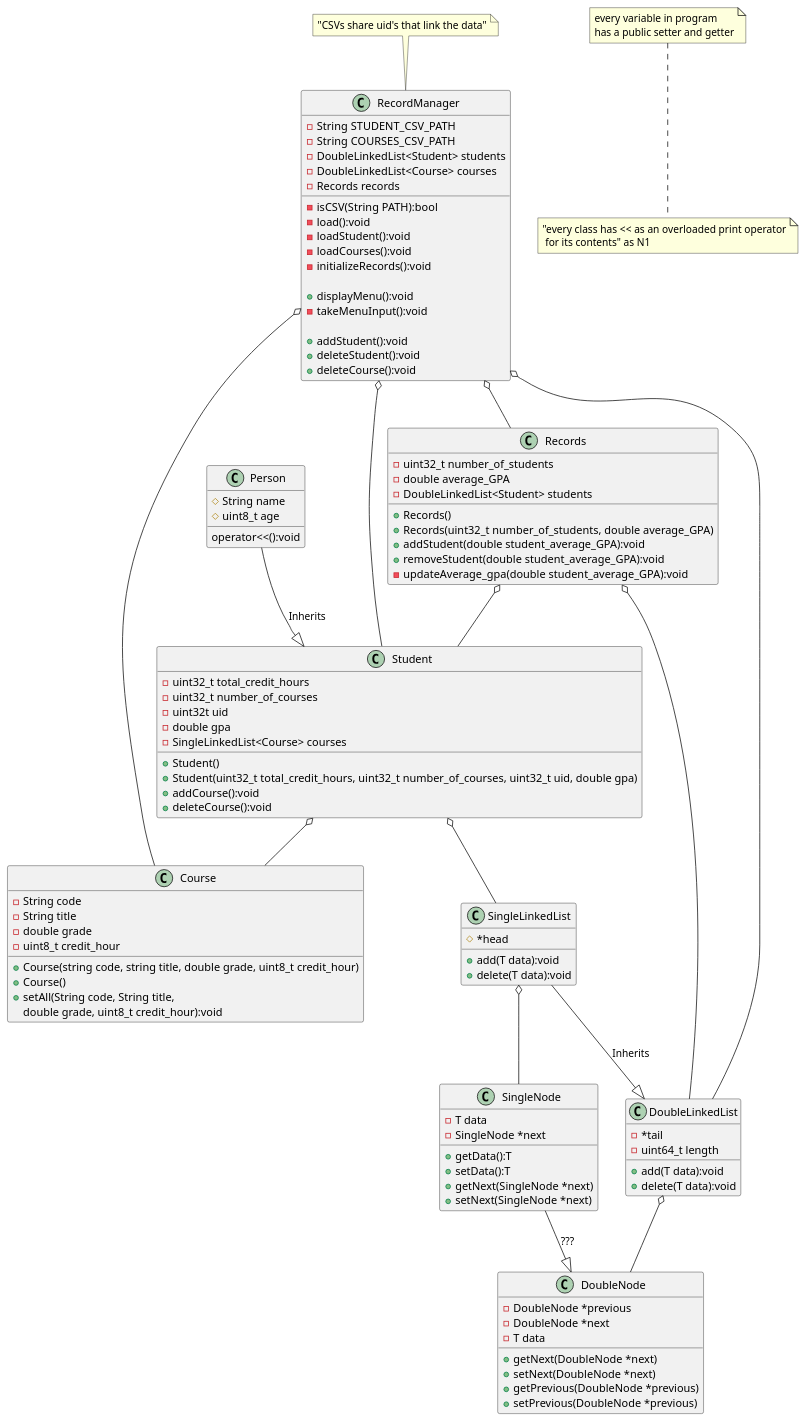
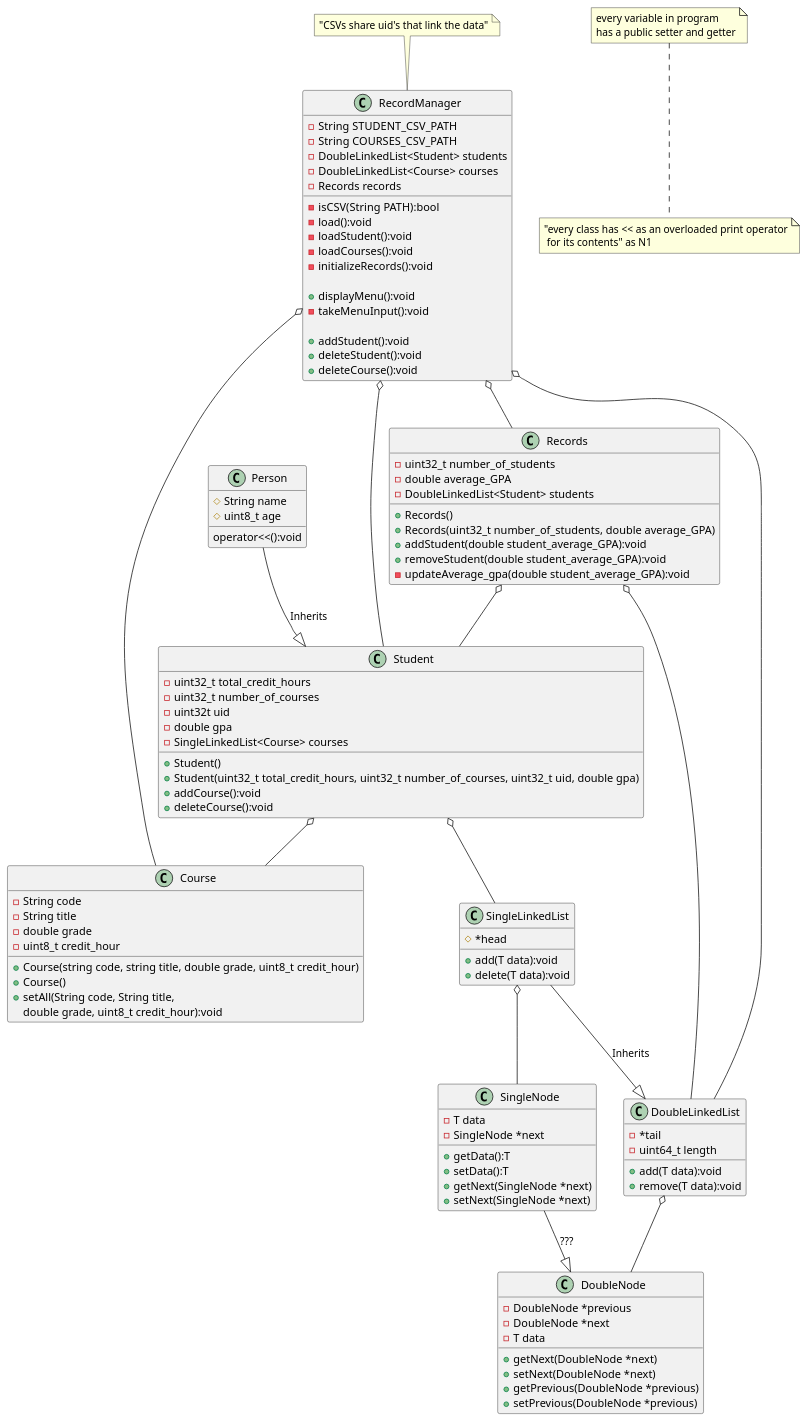
Before and after one commit to Andrew-Shepard/SimpleStudentRecordSystem: the diagram in uml/ClassDiagram.puml, drawn with PlantUML. The commit also changed 7 other files, not shown here.

```diff
--- a/uml/ClassDiagram.puml
+++ b/uml/ClassDiagram.puml
@@ -1,114 +1,114 @@
 @startuml
 
 class Person {
     #String name
     #uint8_t age
 
     operator<<():void
 }
 
 class Course {
     -String code
     -String title
     -double grade
     -uint8_t credit_hour
 
     +Course(string code, string title, double grade, uint8_t credit_hour)
     +Course()
     +setAll(String code, String title,
         double grade, uint8_t credit_hour):void
 }
 class SingleLinkedList{
     #*head
 
     +add(T data):void
     +delete(T data):void
 }
 class DoubleLinkedList{
     -*tail
     -uint64_t length
 
     +add(T data):void
-    +delete(T data):void
+    +remove(T data):void
 }
 class SingleNode{
     -T data
     -SingleNode *next
 
     +getData():T
     +setData():T
     +getNext(SingleNode *next)
     +setNext(SingleNode *next)
 }
 class DoubleNode{
     -DoubleNode *previous
     -DoubleNode *next
     -T data
 
     +getNext(DoubleNode *next)
     +setNext(DoubleNode *next)
     +getPrevious(DoubleNode *previous)
     +setPrevious(DoubleNode *previous)
 }
 class RecordManager{
     -String STUDENT_CSV_PATH
     -String COURSES_CSV_PATH
     -DoubleLinkedList<Student> students
     -DoubleLinkedList<Course> courses
     -Records records
 
     -isCSV(String PATH):bool
     -load():void
     -loadStudent():void
     -loadCourses():void
     -initializeRecords():void
 
     +displayMenu():void
     -takeMenuInput():void
 
     +addStudent():void
     +deleteStudent():void
     +deleteCourse():void
 }
 class Student{
     -uint32_t total_credit_hours
     -uint32_t number_of_courses
     -uint32t uid
     -double gpa
     -SingleLinkedList<Course> courses
 
     +Student()
     +Student(uint32_t total_credit_hours, uint32_t number_of_courses, uint32_t uid, double gpa)
     +addCourse():void
     +deleteCourse():void
 }
 class Records{
     -uint32_t number_of_students
     -double average_GPA
     -DoubleLinkedList<Student> students
 
     +Records()
     +Records(uint32_t number_of_students, double average_GPA)
     +addStudent(double student_average_GPA):void
     +removeStudent(double student_average_GPA):void
     -updateAverage_gpa(double student_average_GPA):void
 }
 Person --|> Student : Inherits
 Student o-- SingleLinkedList
 Records o-- DoubleLinkedList
 Student o-- Course
 Records o-- Student
 RecordManager o-- DoubleLinkedList
 RecordManager o-- Records
 RecordManager o-- Student
 RecordManager o-- Course
 SingleLinkedList o-- SingleNode
 DoubleLinkedList o-- DoubleNode
 
 SingleLinkedList --|> DoubleLinkedList : Inherits
 SingleNode --|> DoubleNode : ???
 
 note "every variable in program\nhas a public setter and getter" as N2
 note bottom of N2 : "every class has << as an overloaded print operator\n for its contents" as N1
 note top of RecordManager : "CSVs share uid's that link the data"
 @enduml
```
